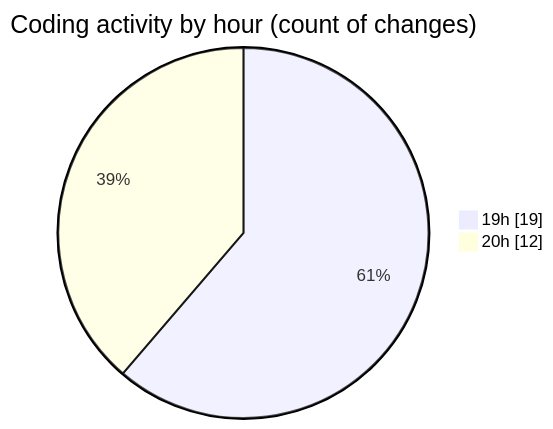
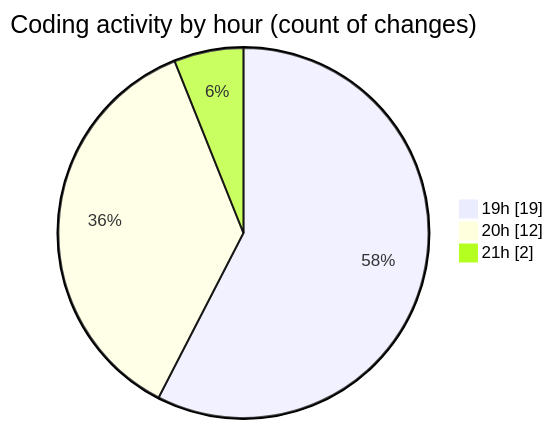
The second of 2 diagrams in 2025-07-28/quanlyrapchieuphim-2/README.md (lephambinh05/code-tracking), drawn with Mermaid before and after one commit. The commit also changed other lines of this file and 1 other file, not shown here.

````diff
--- a/2025-07-28/quanlyrapchieuphim-2/README.md
+++ b/2025-07-28/quanlyrapchieuphim-2/README.md
@@ -41,6 +43,7 @@
 ```mermaid
 pie showData
 title Coding activity by hour (count of changes)
 "19h" : 19
 "20h" : 12
+"21h" : 2
 ```
````
